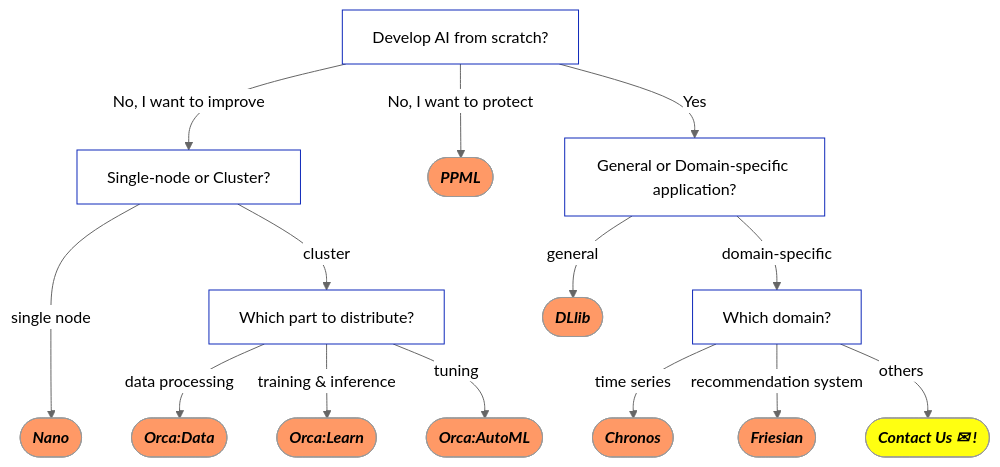
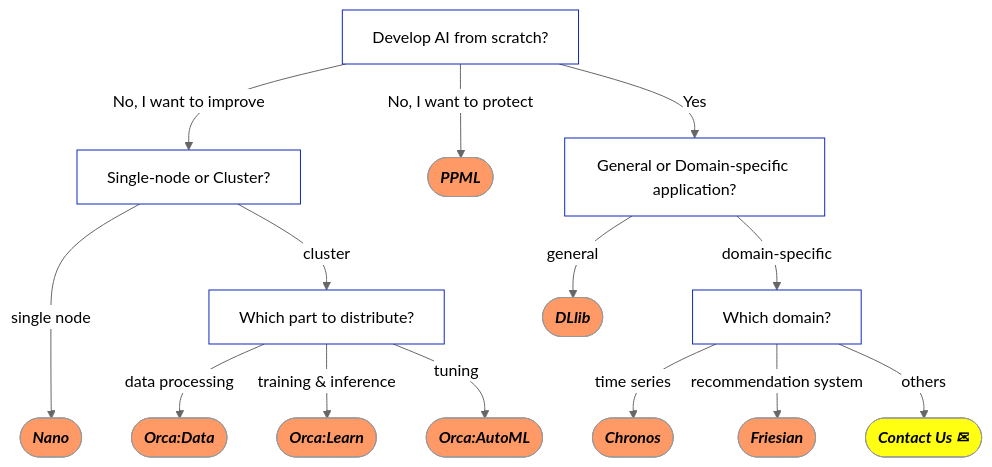
The diagram in README.md (intel-analytics/ipex-llm), drawn with Mermaid (neutral theme) before and after one commit.

````diff
--- a/README.md
+++ b/README.md
@@ -47,37 +47,37 @@
 ```mermaid
 flowchart TD;
     Feature1[Develop AI from scratch?];
     Feature1-- No, I want to improve -->Feature2[Single-node or Cluster?];
     Feature1-- No, I want to protect -->ReferPPML([<em><strong>PPML</strong></em>]);
     Feature1-- Yes --> Feature3[General or Domain-specific application?];
     Feature2-- single node --->ReferNano([<em><strong>Nano</strong></em>]);
     Feature2-- cluster -->Feature5[Which part to distribute?];
     Feature5-- data processing -->ReferOrcaData([<em><strong>Orca:Data </strong></em>]);
     Feature5-- training & inference -->ReferOrcaLearn([<em><strong>Orca:Learn </strong></em>]);
     Feature5-- tuning -->ReferOrcaAutoml([<em><strong>Orca:AutoML </strong></em>]);
     Feature3-- general -->ReferDLlib([<em><strong>DLlib</strong></em>]);
     Feature3-- domain-specific -->Feature4[Which domain?];
     Feature4-- time series -->ReferChronos([<em><strong>Chronos</strong></em>]);
     Feature4-- recommendation system -->ReferFriesian([<em><strong>Friesian</strong></em>]);
-    Feature4-- others -->ReferContact([<em><strong>Contact Us &#x2709 !</strong></em>]);
+    Feature4-- others -->ReferContact([<em><strong>Contact Us &#x2709  </strong></em>]);
 
     
     click ReferNano "https://bigdl.readthedocs.io/en/latest/doc/Nano/Overview/nano.html" "Refer to Nano" _parent
     click ReferOrcaData "https://bigdl.readthedocs.io/en/latest/doc/Orca/Overview/data-parallel-processing.html"
     click ReferOrcaLearn "https://bigdl.readthedocs.io/en/latest/doc/Orca/Overview/distributed-training-inference.html"
     click ReferOrcaAutoml "https://bigdl.readthedocs.io/en/latest/doc/Orca/Overview/distributed-tuning.html"
     click ReferDLlib "https://bigdl.readthedocs.io/en/latest/doc/DLlib/Overview/dllib.html"
     click ReferRayOnSpark "https://bigdl.readthedocs.io/en/latest/doc/Ray/Overview/ray.html"
     click ReferChronos "https://bigdl.readthedocs.io/en/latest/doc/Chronos/Overview/chronos.html"
     click ReferFriesian "https://bigdl.readthedocs.io/en/latest/doc/Chronos/Overview/chronos.html"
     click ReferPPML "https://bigdl.readthedocs.io/en/latest/doc/PPML/Overview/ppml.html"
     click ReferContact "mailto:jason.dai@intel.com"
     
     classDef ReferStyle1 fill:#f96;
     classDef ReferStyle2 fill:#FF1;
     classDef Feature fill:#FFF,stroke:#0f29ba,stroke-width:1px;
     class ReferNano,ReferOrcaLearn,ReferOrcaData,ReferOrcaAutoml,ReferDLlib,ReferRayOnSpark,ReferChronos,ReferFriesian,ReferPPML ReferStyle1;
     class ReferContact, ReferStyle2
     class Feature1,Feature2,Feature3,Feature4,Feature5,Feature6,Feature7 Feature;
     
 ```
````
